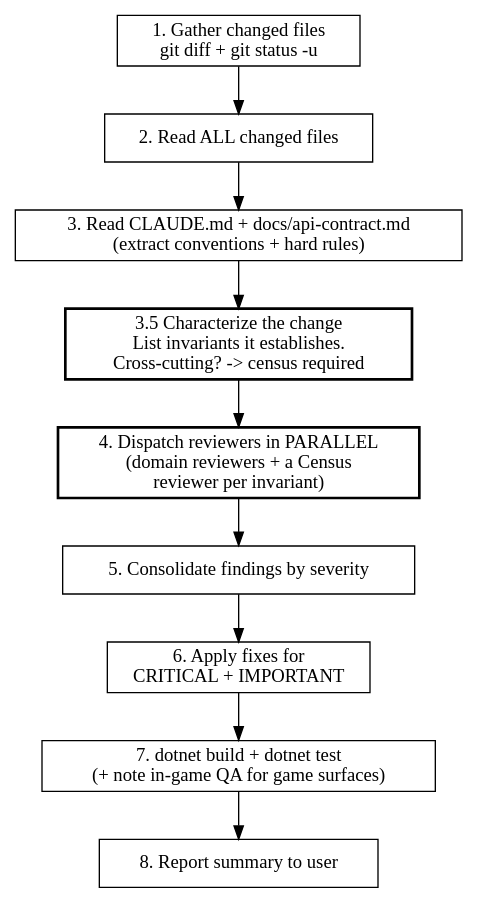
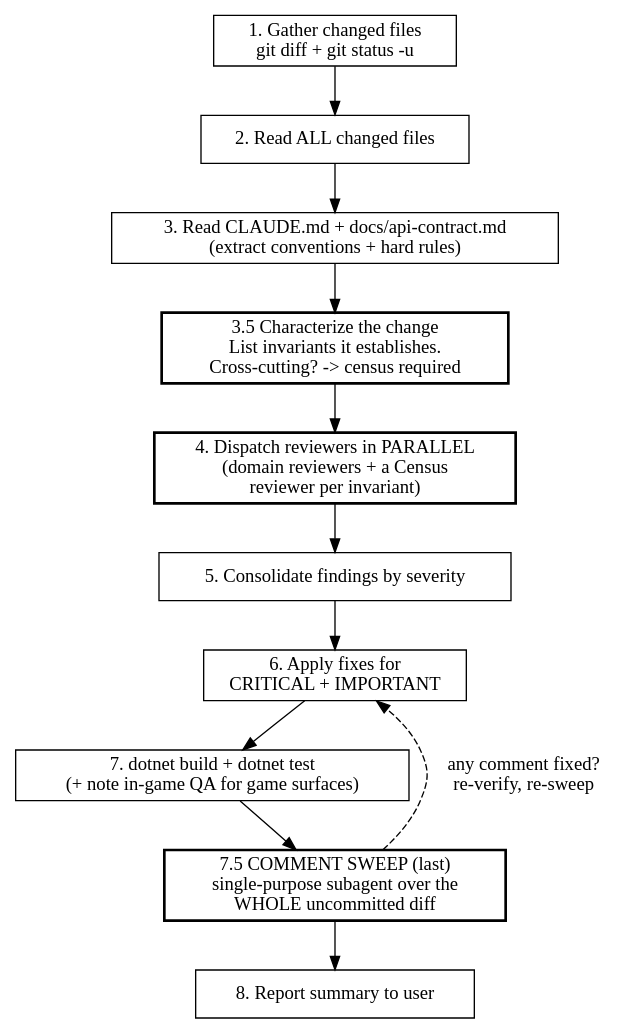
The diagram in .claude/skills/reviewing-code-changes/SKILL.md (noranda/xiv-shinies-plugin), drawn with Graphviz before and after one commit. The commit also changed other lines of this file and 67 other files, not shown here.

````diff
--- a/.claude/skills/reviewing-code-changes/SKILL.md
+++ b/.claude/skills/reviewing-code-changes/SKILL.md
@@ -36,16 +38,18 @@
 ```dot
 digraph review_flow {
     rankdir=TB;
     gather [label="1. Gather changed files\ngit diff + git status -u" shape=box];
     read [label="2. Read ALL changed files" shape=box];
     conventions [label="3. Read CLAUDE.md + docs/api-contract.md\n(extract conventions + hard rules)" shape=box];
     characterize [label="3.5 Characterize the change\nList invariants it establishes.\nCross-cutting? -> census required" shape=box style=bold];
     dispatch [label="4. Dispatch reviewers in PARALLEL\n(domain reviewers + a Census\nreviewer per invariant)" shape=box style=bold];
     consolidate [label="5. Consolidate findings by severity" shape=box];
     fix [label="6. Apply fixes for\nCRITICAL + IMPORTANT" shape=box];
     verify [label="7. dotnet build + dotnet test\n(+ note in-game QA for game surfaces)" shape=box];
+    sweep [label="7.5 COMMENT SWEEP (last)\nsingle-purpose subagent over the\nWHOLE uncommitted diff" shape=box style=bold];
     report [label="8. Report summary to user" shape=box];
 
-    gather -> read -> conventions -> characterize -> dispatch -> consolidate -> fix -> verify -> report;
+    gather -> read -> conventions -> characterize -> dispatch -> consolidate -> fix -> verify -> sweep -> report;
+    sweep -> fix [label="any comment fixed?\nre-verify, re-sweep" style=dashed];
 }
 ```
````
